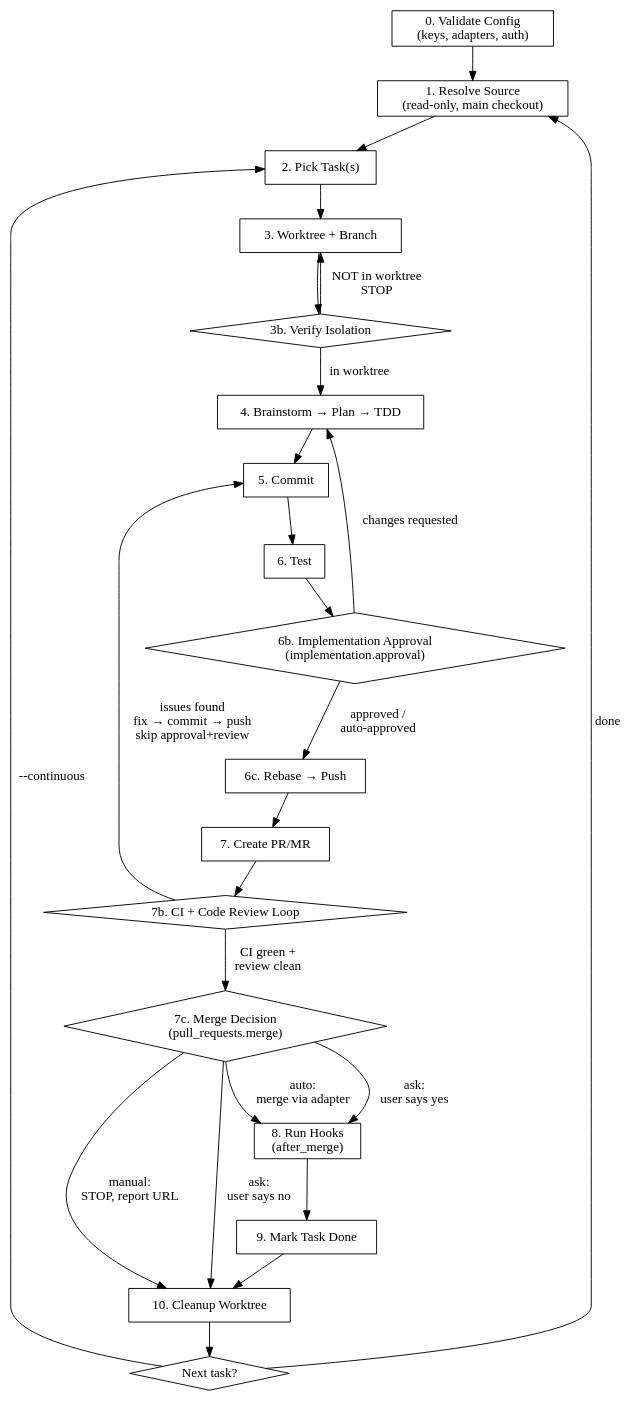
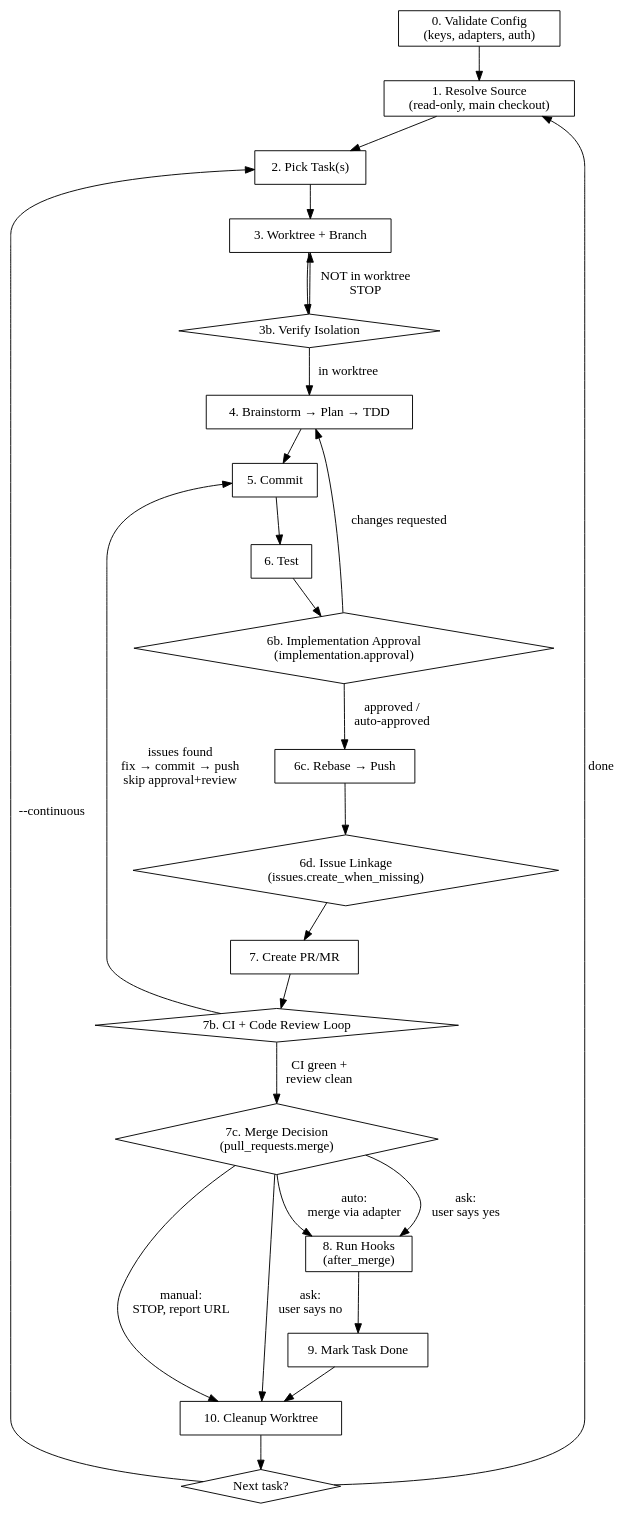
Before and after one commit to rodrigomanhaes/flowyeah: the diagram in plugins/flowyeah/skills/build/SKILL.md, drawn with Graphviz. The commit also changed other lines of this file, not shown here.

First line of the commit message:
fix: move issue creation to step 6d before PR creation

````diff
--- a/plugins/flowyeah/skills/build/SKILL.md
+++ b/plugins/flowyeah/skills/build/SKILL.md
@@ -71,41 +71,42 @@
 ```dot
 digraph pipeline {
     rankdir=TB;
     node [shape=box];
 
     validate [label="0. Validate Config\n(keys, adapters, auth)"];
     resolve [label="1. Resolve Source\n(read-only, main checkout)"];
     pick [label="2. Pick Task(s)"];
     worktree [label="3. Worktree + Branch"];
     verify_wt [label="3b. Verify Isolation" shape=diamond];
     implement [label="4. Brainstorm → Plan → TDD"];
     commit [label="5. Commit"];
     test [label="6. Test"];
     approval [label="6b. Implementation Approval\n(implementation.approval)" shape=diamond];
     deliver [label="6c. Rebase → Push"];
+    issue_link [label="6d. Issue Linkage\n(issues.create_when_missing)" shape=diamond];
     pr [label="7. Create PR/MR"];
     ci_loop [label="7b. CI + Code Review Loop" shape=diamond];
     merge_decision [label="7c. Merge Decision\n(pull_requests.merge)" shape=diamond];
     hooks [label="8. Run Hooks\n(after_merge)"];
     mark [label="9. Mark Task Done"];
     cleanup [label="10. Cleanup Worktree"];
     next [label="Next task?" shape=diamond];
 
     validate -> resolve -> pick -> worktree -> verify_wt;
     verify_wt -> implement [label="in worktree"];
     verify_wt -> worktree [label="NOT in worktree\nSTOP"];
     implement -> commit -> test -> approval;
     approval -> deliver [label="approved /\nauto-approved"];
     approval -> implement [label="changes requested"];
-    deliver -> pr -> ci_loop;
+    deliver -> issue_link -> pr -> ci_loop;
     ci_loop -> commit [label="issues found\nfix → commit → push\nskip approval+review"];
     ci_loop -> merge_decision [label="CI green +\nreview clean"];
     merge_decision -> hooks [label="auto:\nmerge via adapter"];
     merge_decision -> cleanup [label="manual:\nSTOP, report URL"];
     merge_decision -> hooks [label="ask:\nuser says yes"];
     merge_decision -> cleanup [label="ask:\nuser says no"];
     hooks -> mark -> cleanup -> next;
     next -> pick [label="--continuous"];
     next -> resolve [label="done"];
 }
 ```
````
